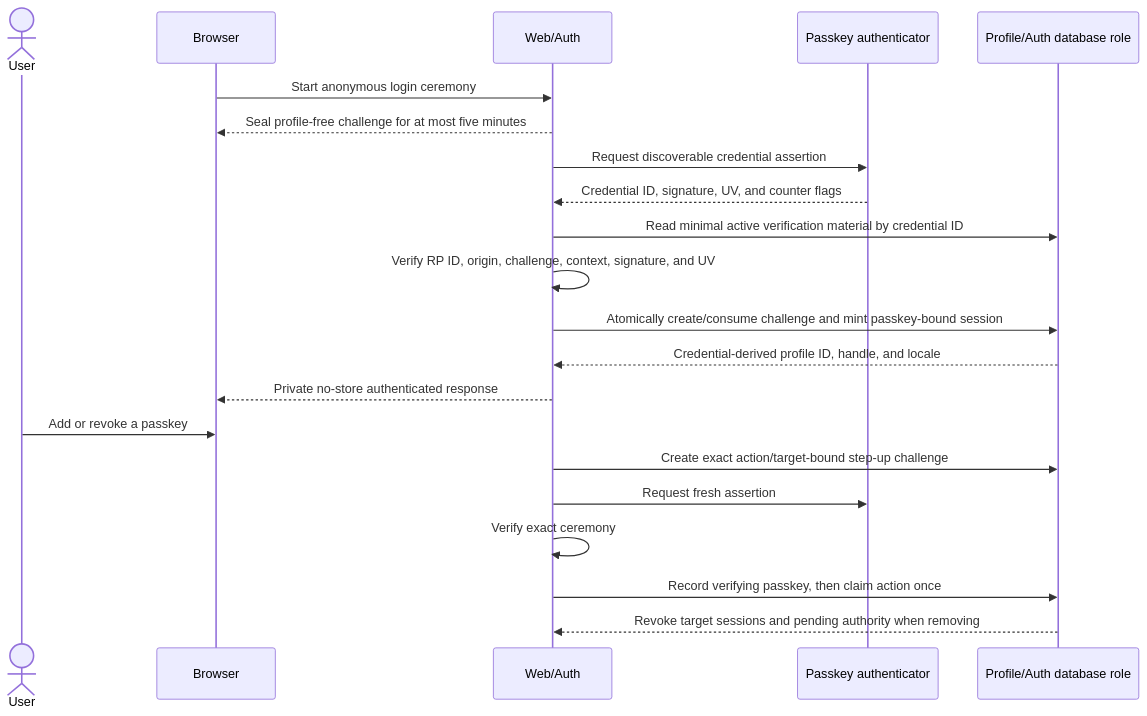
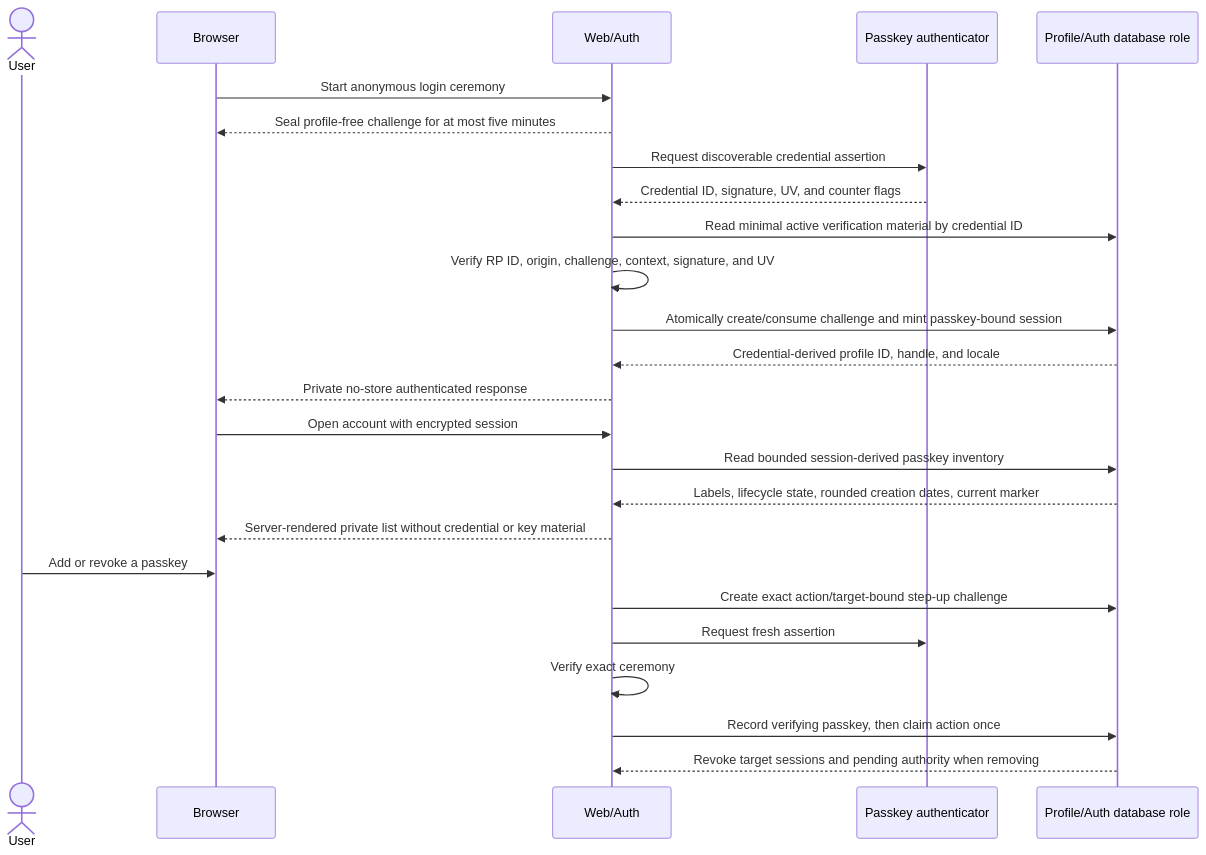
One commit to Tah10n/viberacing changed the second of 9 diagrams in docs/architecture/DATA_FLOW.md. Above: the diagram before and after it, drawn with Mermaid. The commit also changed other lines of this file and 27 other files, not shown here.

````diff
--- a/docs/architecture/DATA_FLOW.md
+++ b/docs/architecture/DATA_FLOW.md
@@ -93,25 +93,30 @@
 ```mermaid
 sequenceDiagram
   actor User
   participant Browser
   participant Web as Web/Auth
   participant Authenticator as Passkey authenticator
   participant DB as Profile/Auth database role
 
   Browser->>Web: Start anonymous login ceremony
   Web-->>Browser: Seal profile-free challenge for at most five minutes
   Web->>Authenticator: Request discoverable credential assertion
   Authenticator-->>Web: Credential ID, signature, UV, and counter flags
   Web->>DB: Read minimal active verification material by credential ID
   Web->>Web: Verify RP ID, origin, challenge, context, signature, and UV
   Web->>DB: Atomically create/consume challenge and mint passkey-bound session
   DB-->>Web: Credential-derived profile ID, handle, and locale
   Web-->>Browser: Private no-store authenticated response
 
+  Browser->>Web: Open account with encrypted session
+  Web->>DB: Read bounded session-derived passkey inventory
+  DB-->>Web: Labels, lifecycle state, rounded creation dates, current marker
+  Web-->>Browser: Server-rendered private list without credential or key material
+
   User->>Browser: Add or revoke a passkey
   Web->>DB: Create exact action/target-bound step-up challenge
   Web->>Authenticator: Request fresh assertion
   Web->>Web: Verify exact ceremony
   Web->>DB: Record verifying passkey, then claim action once
   DB-->>Web: Revoke target sessions and pending authority when removing
 ```
````
